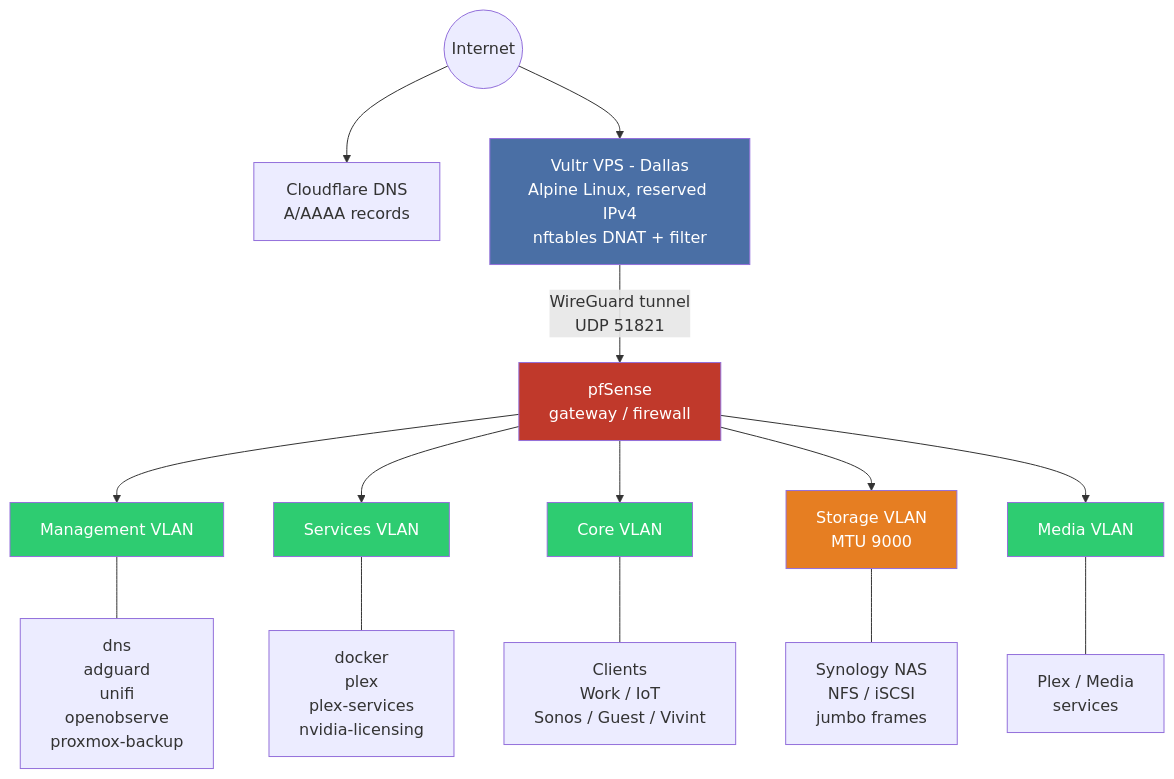
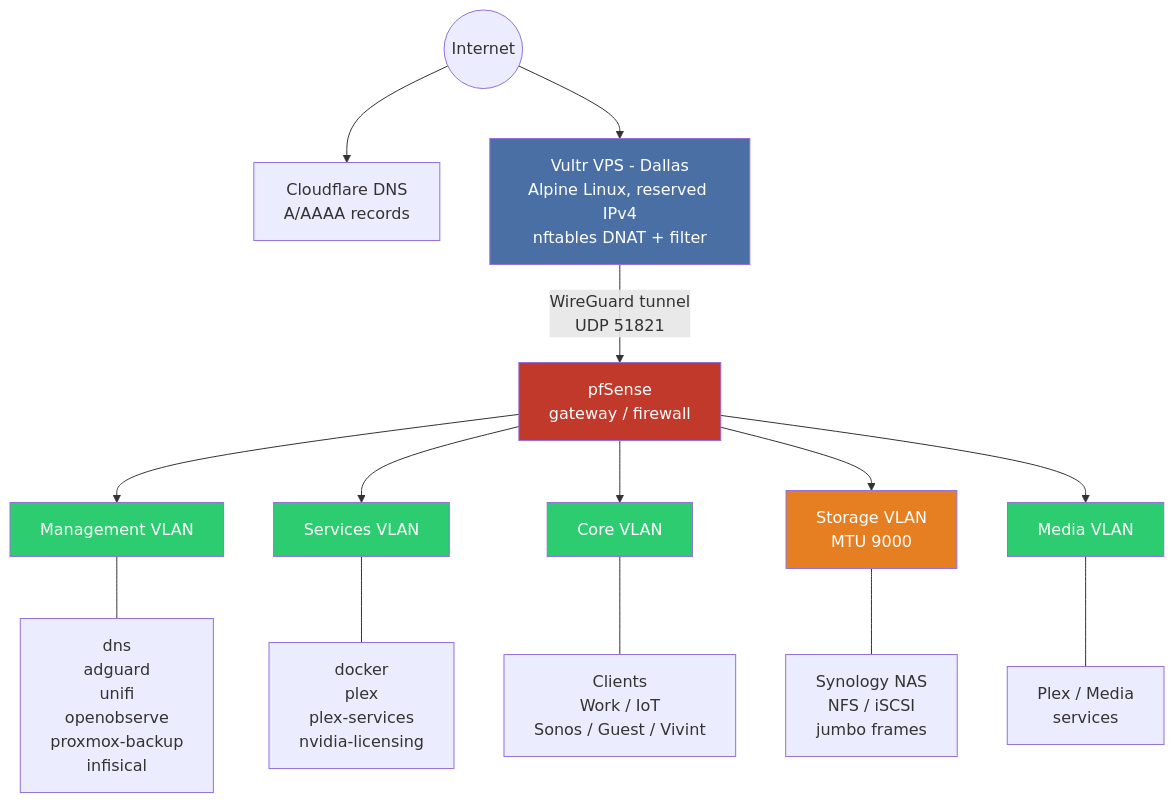
The first of 5 diagrams in README.md (GoodOlClint/homelab), drawn with Mermaid before and after one commit. The commit also changed other lines of this file, not shown here.

First line of the commit message:
docs: update README to reflect Infisical secret vault integration

````diff
--- a/README.md
+++ b/README.md
@@ -7,29 +7,29 @@
 ```mermaid
 graph TD
     Internet((Internet))
 
     Internet --> CF[Cloudflare DNS<br/>A/AAAA records]
     Internet --> VPS[Vultr VPS - Dallas<br/>Alpine Linux, reserved IPv4<br/>nftables DNAT + filter]
 
     VPS -->|WireGuard tunnel<br/>UDP 51821| PF[pfSense<br/>gateway / firewall]
 
     PF --> MGMT[Management VLAN]
     PF --> SVC[Services VLAN]
     PF --> CORE[Core VLAN]
     PF --> STOR[Storage VLAN<br/>MTU 9000]
     PF --> MEDIA[Media VLAN]
 
-    MGMT --- M1[dns<br/>adguard<br/>unifi<br/>openobserve<br/>proxmox-backup]
+    MGMT --- M1[dns<br/>adguard<br/>unifi<br/>openobserve<br/>proxmox-backup<br/>infisical]
     SVC --- S1[docker<br/>plex<br/>plex-services<br/>nvidia-licensing]
     CORE --- C1[Clients<br/>Work / IoT<br/>Sonos / Guest / Vivint]
     STOR --- ST1[Synology NAS<br/>NFS / iSCSI<br/>jumbo frames]
     MEDIA --- ME1[Plex / Media<br/>services]
 
     style VPS fill:#4a6fa5,color:#fff
     style PF fill:#c0392b,color:#fff
     style MGMT fill:#2ecc71,color:#fff
     style SVC fill:#2ecc71,color:#fff
     style CORE fill:#2ecc71,color:#fff
     style STOR fill:#e67e22,color:#fff
     style MEDIA fill:#2ecc71,color:#fff
 ```
````
